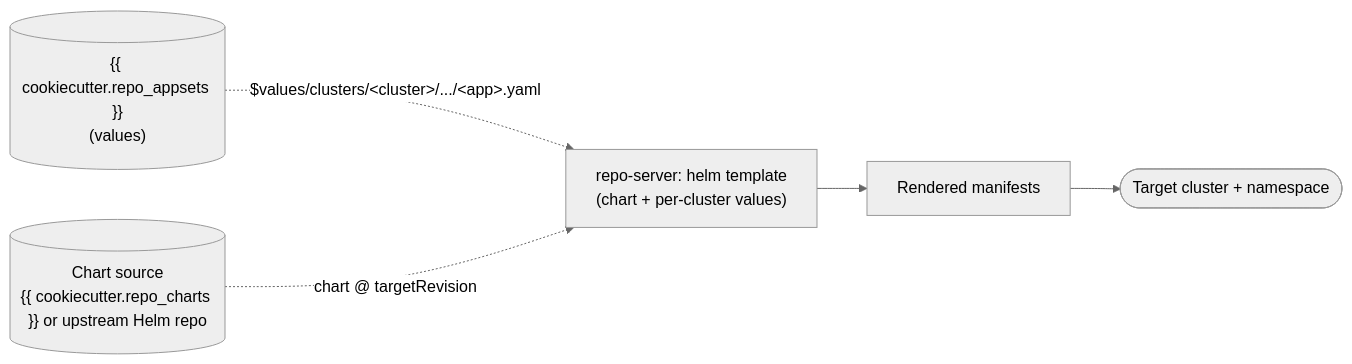
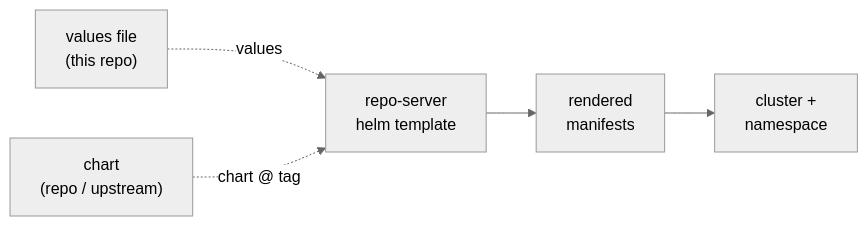
The second of 2 diagrams in {{ cookiecutter.project_slug }}/docs/how-it-works.md (kriipke/coookiecutter-gitops-configs), drawn with Mermaid (neutral theme) before and after one commit. The commit also changed other lines of this file and 11 other files, not shown here.

````diff
--- a/{{ cookiecutter.project_slug }}/docs/how-it-works.md
+++ b/{{ cookiecutter.project_slug }}/docs/how-it-works.md
@@ -138,13 +138,13 @@
 ```mermaid
 flowchart LR
-  thisrepo[("{{ cookiecutter.repo_appsets }}<br/>(values)")]
-  chart[("Chart source<br/>{{ cookiecutter.repo_charts }} or upstream Helm repo")]
-  merge["repo-server: helm template<br/>(chart + per-cluster values)"]
-  out["Rendered manifests"]
-  dest(["Target cluster + namespace"])
+  thisrepo["values file<br/>(this repo)"]
+  chart["chart<br/>(repo / upstream)"]
+  merge["repo-server<br/>helm template"]
+  out["rendered<br/>manifests"]
+  dest["cluster +<br/>namespace"]
 
-  thisrepo -.->|"$values/clusters/&lt;cluster&gt;/.../&lt;app&gt;.yaml"| merge
-  chart -.->|"chart @ targetRevision"| merge
+  thisrepo -.->|"values"| merge
+  chart -.->|"chart @ tag"| merge
   merge --> out
   out --> dest
 ```
````
